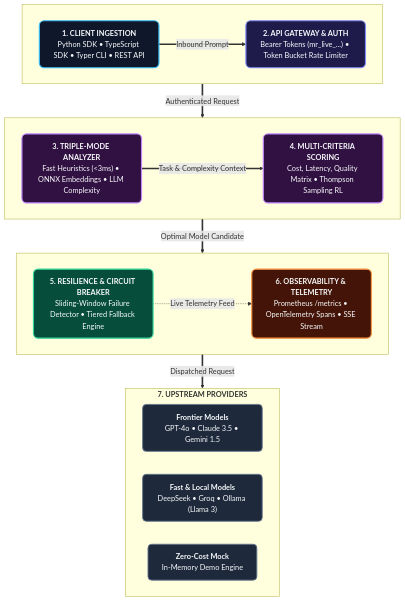
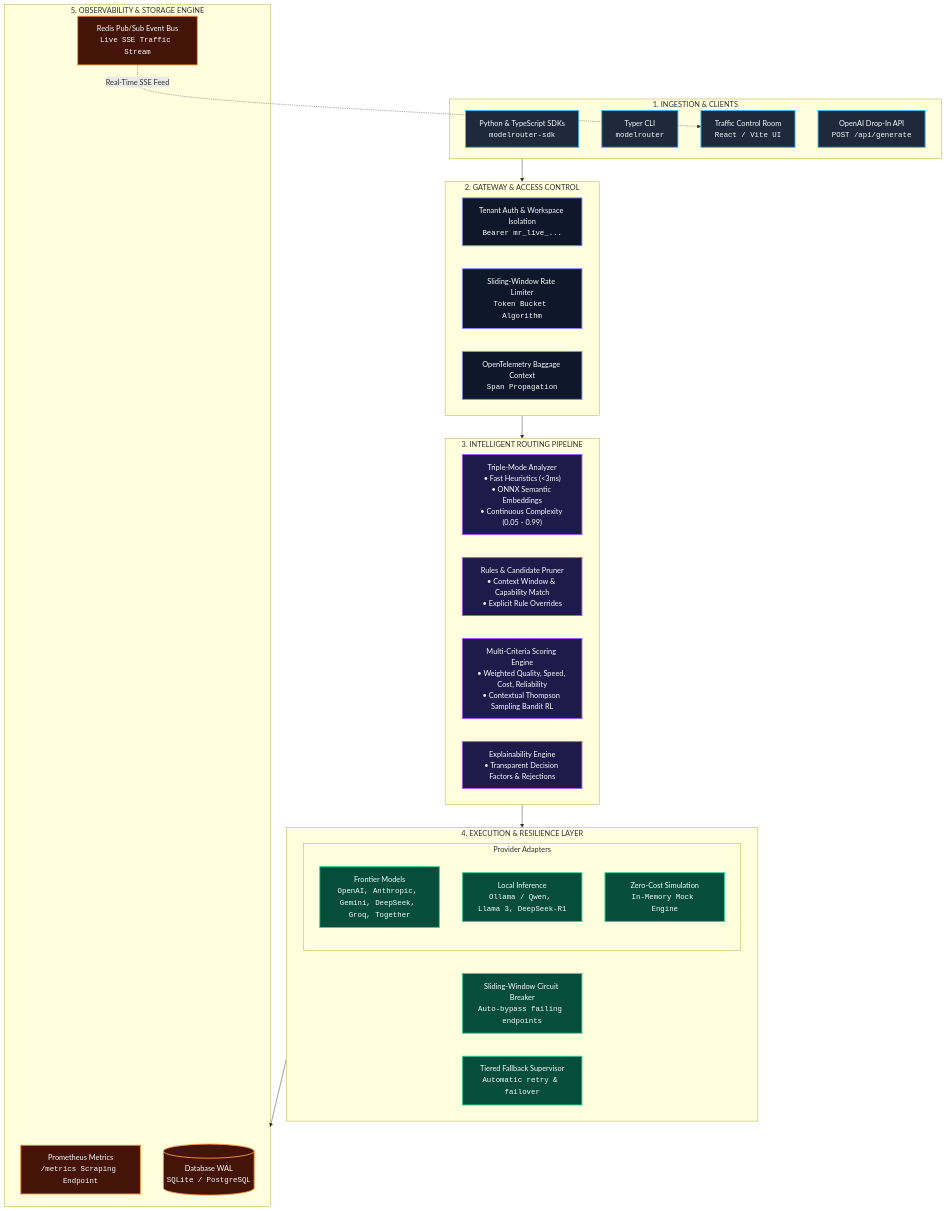
The diagram in README.md (PicadoLabs/ai-model-router), drawn with Mermaid before and after one commit. The commit also changed 18 other files, not shown here.

````diff
--- a/README.md
+++ b/README.md
@@ -42,41 +42,51 @@
 ```mermaid
 flowchart TD
-    classDef client fill:#0f172a,stroke:#38bdf8,stroke-width:2.5px,color:#f8fafc,rx:10,ry:10;
-    classDef gateway fill:#1e1b4b,stroke:#818cf8,stroke-width:2.5px,color:#f8fafc,rx:10,ry:10;
-    classDef brain fill:#311042,stroke:#c084fc,stroke-width:2.5px,color:#f8fafc,rx:10,ry:10;
-    classDef exec fill:#064e3b,stroke:#34d399,stroke-width:2.5px,color:#f8fafc,rx:10,ry:10;
-    classDef models fill:#1e293b,stroke:#64748b,stroke-width:2px,color:#f8fafc,rx:8,ry:8;
-    classDef telemetry fill:#431407,stroke:#fb923c,stroke-width:2.5px,color:#f8fafc,rx:10,ry:10;
+    classDef client fill:#1e293b,stroke:#38bdf8,stroke-width:2px,color:#f8fafc;
+    classDef gateway fill:#0f172a,stroke:#818cf8,stroke-width:2px,color:#f8fafc;
+    classDef intel fill:#1e1b4b,stroke:#a855f7,stroke-width:2px,color:#f8fafc;
+    classDef exec fill:#064e3b,stroke:#34d399,stroke-width:2px,color:#f8fafc;
+    classDef obs fill:#431407,stroke:#fb923c,stroke-width:2px,color:#f8fafc;
 
-    subgraph TOP[" "]
-        direction LR
-        A["<b>1. CLIENT INGESTION</b><br/>Python SDK • TypeScript SDK • Typer CLI • REST API"]:::client
-        B["<b>2. API GATEWAY & AUTH</b><br/>Bearer Tokens (mr_live_...) • Token Bucket Rate Limiter"]:::gateway
+    subgraph CLIENTS["1. INGESTION & CLIENTS"]
+        SDK["Python & TypeScript SDKs<br/><code>modelrouter-sdk</code>"]:::client
+        CLI["Typer CLI<br/><code>modelrouter</code>"]:::client
+        UI["Traffic Control Room<br/><code>React / Vite UI</code>"]:::client
+        REST["OpenAI Drop-In API<br/><code>POST /api/generate</code>"]:::client
     end
 
-    subgraph MID[" "]
-        direction LR
-        C["<b>3. TRIPLE-MODE ANALYZER</b><br/>Fast Heuristics (&lt;3ms) • ONNX Embeddings • LLM Complexity"]:::brain
-        D["<b>4. MULTI-CRITERIA SCORING</b><br/>Cost, Latency, Quality Matrix • Thompson Sampling RL"]:::brain
+    subgraph GATEWAY["2. GATEWAY & ACCESS CONTROL"]
+        AUTH["Tenant Auth & Workspace Isolation<br/><code>Bearer mr_live_...</code>"]:::gateway
+        RL["Sliding-Window Rate Limiter<br/><code>Token Bucket Algorithm</code>"]:::gateway
+        OTEL_CTX["OpenTelemetry Baggage Context<br/><code>Span Propagation</code>"]:::gateway
     end
 
-    subgraph BOT[" "]
-        direction LR
-        E["<b>5. RESILIENCE & CIRCUIT BREAKER</b><br/>Sliding-Window Failure Detector • Tiered Fallback Engine"]:::exec
-        F["<b>6. OBSERVABILITY & TELEMETRY</b><br/>Prometheus /metrics • OpenTelemetry Spans • SSE Stream"]:::telemetry
+    subgraph INTELLIGENCE["3. INTELLIGENT ROUTING PIPELINE"]
+        ANALYZER["Triple-Mode Analyzer<br/>• Fast Heuristics (&lt;3ms)<br/>• ONNX Semantic Embeddings<br/>• Continuous Complexity (0.05 - 0.99)"]:::intel
+        PRUNE["Rules & Candidate Pruner<br/>• Context Window & Capability Match<br/>• Explicit Rule Overrides"]:::intel
+        SCORER["Multi-Criteria Scoring Engine<br/>• Weighted Quality, Speed, Cost, Reliability<br/>• Contextual Thompson Sampling Bandit RL"]:::intel
+        EXPLAIN["Explainability Engine<br/>• Transparent Decision Factors & Rejections"]:::intel
     end
 
-    subgraph PROV["<b>7. UPSTREAM PROVIDERS</b>"]
-        direction LR
-        M1["<b>Frontier Models</b><br/>GPT-4o • Claude 3.5 • Gemini 1.5"]:::models
-        M2["<b>Fast & Local Models</b><br/>DeepSeek • Groq • Ollama (Llama 3)"]:::models
-        M3["<b>Zero-Cost Mock</b><br/>In-Memory Demo Engine"]:::models
+    subgraph RESILIENCE["4. EXECUTION & RESILIENCE LAYER"]
+        CB["Sliding-Window Circuit Breaker<br/><code>Auto-bypass failing endpoints</code>"]:::exec
+        FALLBACK["Tiered Fallback Supervisor<br/><code>Automatic retry & failover</code>"]:::exec
+        
+        subgraph PROVIDERS["Provider Adapters"]
+            CLOUD["Frontier Models<br/><code>OpenAI, Anthropic, Gemini, DeepSeek, Groq, Together</code>"]:::exec
+            LOCAL["Local Inference<br/><code>Ollama / Qwen, Llama 3, DeepSeek-R1</code>"]:::exec
+            MOCK["Zero-Cost Simulation<br/><code>In-Memory Mock Engine</code>"]:::exec
+        end
     end
 
-    A ==>|Inbound Prompt| B
-    B ==>|Authenticated Request| C
-    C ==>|Task & Complexity Context| D
-    D ==>|Optimal Model Candidate| E
-    E ==>|Dispatched Request| PROV
-    E -.->|Live Telemetry Feed| F
+    subgraph STORAGE["5. OBSERVABILITY & STORAGE ENGINE"]
+        PROM["Prometheus Metrics<br/><code>/metrics Scraping Endpoint</code>"]:::obs
+        DB[(Database WAL<br/><code>SQLite / PostgreSQL</code>)]:::obs
+        REDIS["Redis Pub/Sub Event Bus<br/><code>Live SSE Traffic Stream</code>"]:::obs
+    end
+
+    CLIENTS --> GATEWAY
+    GATEWAY --> INTELLIGENCE
+    INTELLIGENCE --> RESILIENCE
+    RESILIENCE --> STORAGE
+    REDIS -.->|Real-Time SSE Feed| UI
 ```
````
